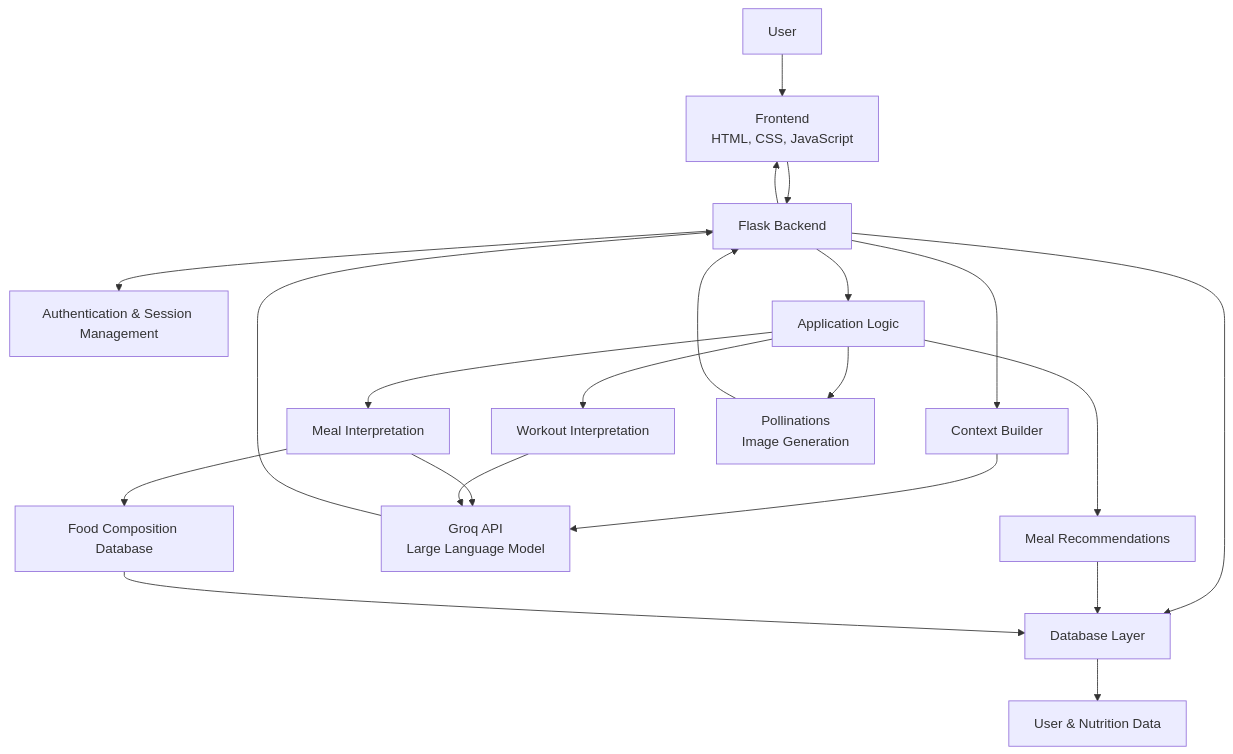
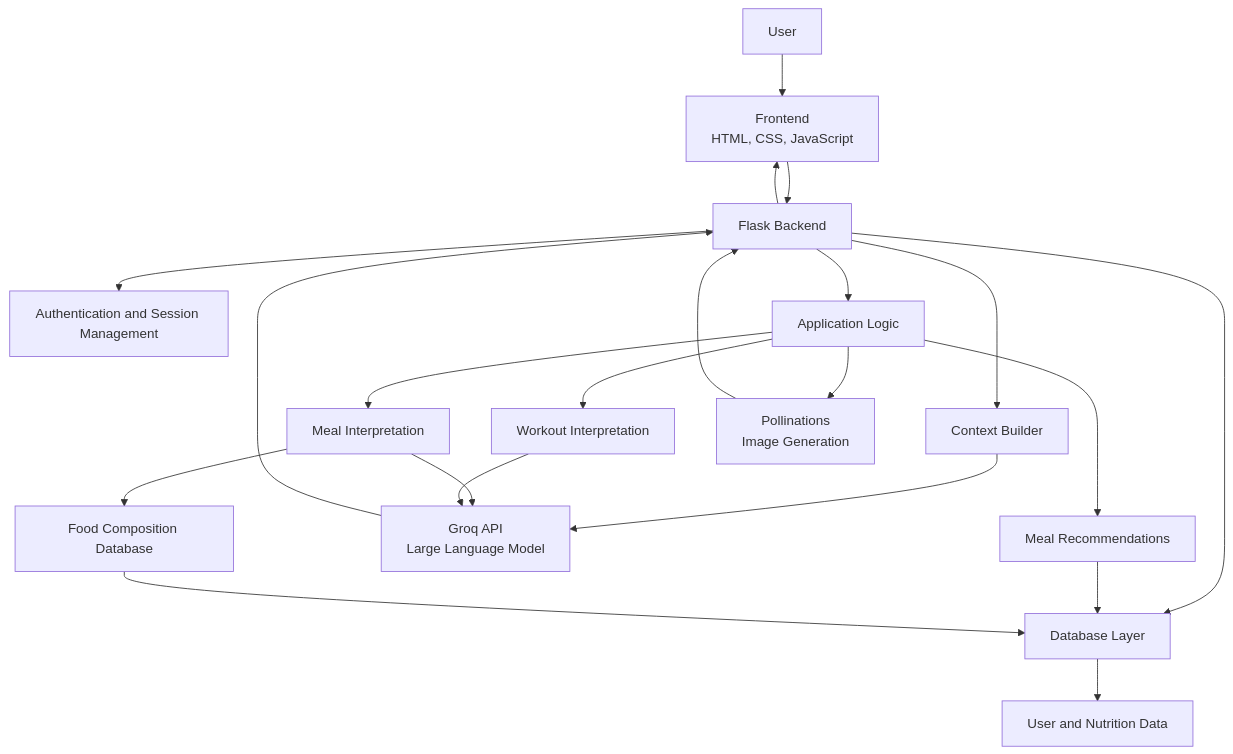
One commit to aleenagibi/context-aware-nutrition-coach changed the diagram in README.md. Above: the diagram before and after it, drawn with Mermaid. The commit also changed other lines of this file, not shown here.

````diff
--- a/README.md
+++ b/README.md
@@ -231,29 +254,29 @@
 ```mermaid
 flowchart TD
     A[User] --> B[Frontend<br/>HTML, CSS, JavaScript]
     B --> C[Flask Backend]
 
-    C --> D[Authentication & Session Management]
+    C --> D[Authentication and Session Management]
     C --> E[Application Logic]
     C --> F[Context Builder]
     C --> G[Database Layer]
 
     E --> H[Meal Interpretation]
     E --> I[Workout Interpretation]
     E --> J[Meal Recommendations]
 
     F --> K[Groq API<br/>Large Language Model]
     H --> K
     I --> K
 
     J --> G
     H --> L[Food Composition Database]
     L --> G
 
     E --> M[Pollinations<br/>Image Generation]
 
-    G --> N[User & Nutrition Data]
+    G --> N[User and Nutrition Data]
     K --> C
     M --> C
     C --> B
 ```
````
